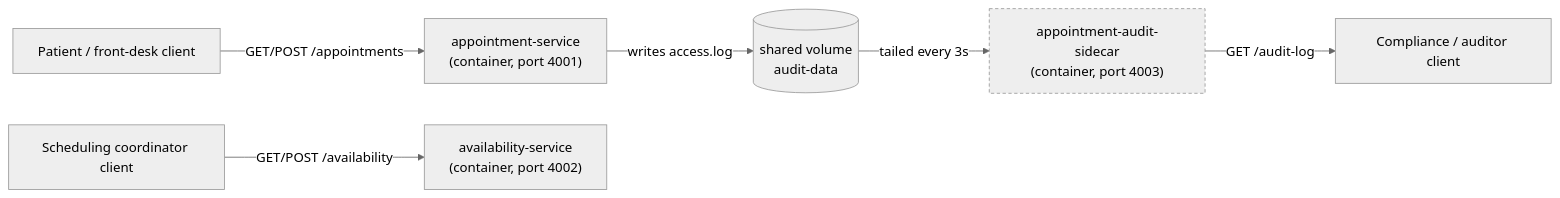
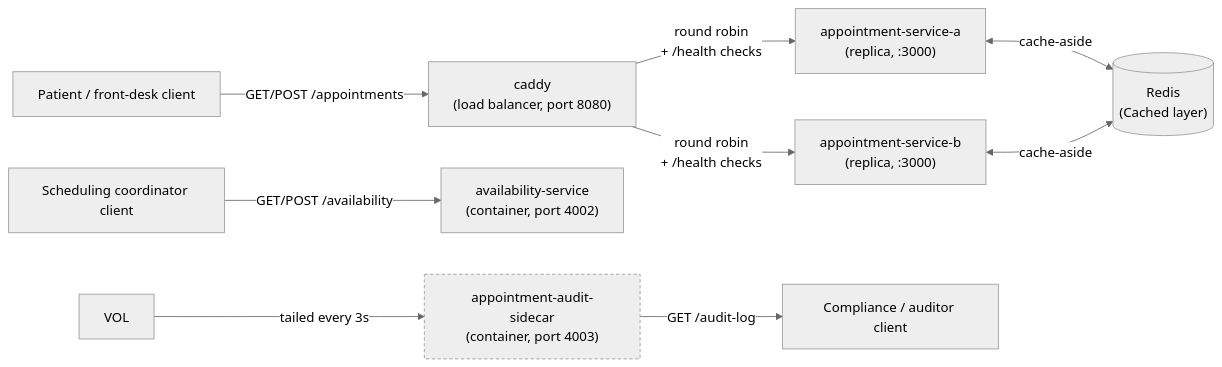
Before and after one commit to nemaansari/426-project-alpha: the diagram in docs/SERVICES.md, drawn with Mermaid (neutral theme). The commit also changed other lines of this file, not shown here.

Commit message:
[main] updated SERVICES.md

````diff
--- a/docs/SERVICES.md
+++ b/docs/SERVICES.md
@@ -34,11 +35,16 @@
 ```mermaid
 flowchart LR
-    client["Patient / front-desk client"] -->|"GET/POST /appointments"| AS["appointment-service\n(container, port 4001)"]
+    client["Patient / front-desk client"] -->|"GET/POST /appointments"| CADDY["caddy\n(load balancer, port 8080)"]
     coord["Scheduling coordinator client"] -->|"GET/POST /availability"| AV["availability-service\n(container, port 4002)"]
 
-    AS -->|"writes access.log"| VOL[("shared volume\naudit-data")]
+    CADDY -->|"round robin\n+ /health checks"| ASA["appointment-service-a\n(replica, :3000)"]
+    CADDY -->|"round robin\n+ /health checks"| ASB["appointment-service-b\n(replica, :3000)"]
+
+    ASA <-->|"cache-aside"| REDIS[("Redis\n(Cached layer)")]
+    ASB <-->|"cache-aside"| REDIS
+    
     VOL -->|"tailed every 3s"| SC["appointment-audit-sidecar\n(container, port 4003)"]
     SC -->|"GET /audit-log"| auditor["Compliance / auditor client"]
 
     style SC fill:#eee,stroke:#999,stroke-dasharray: 4 3
 ```
````
